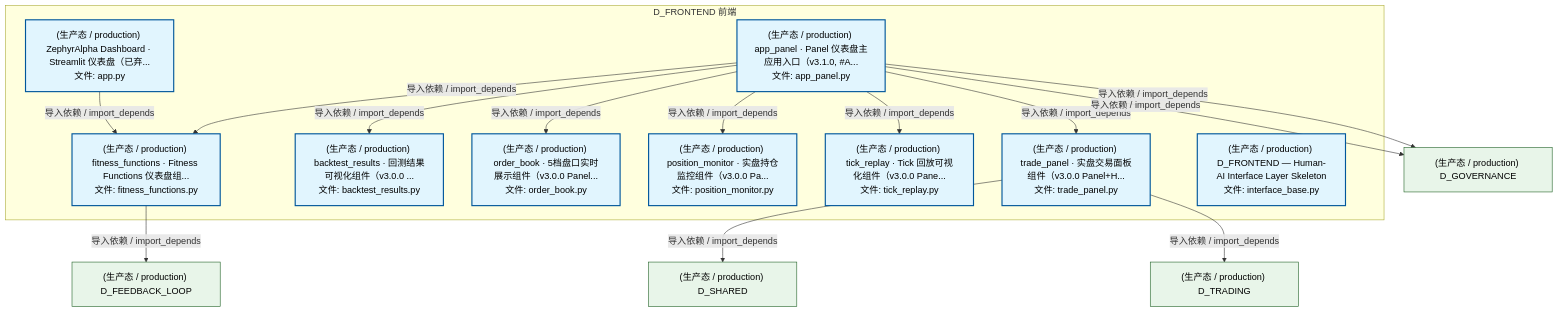
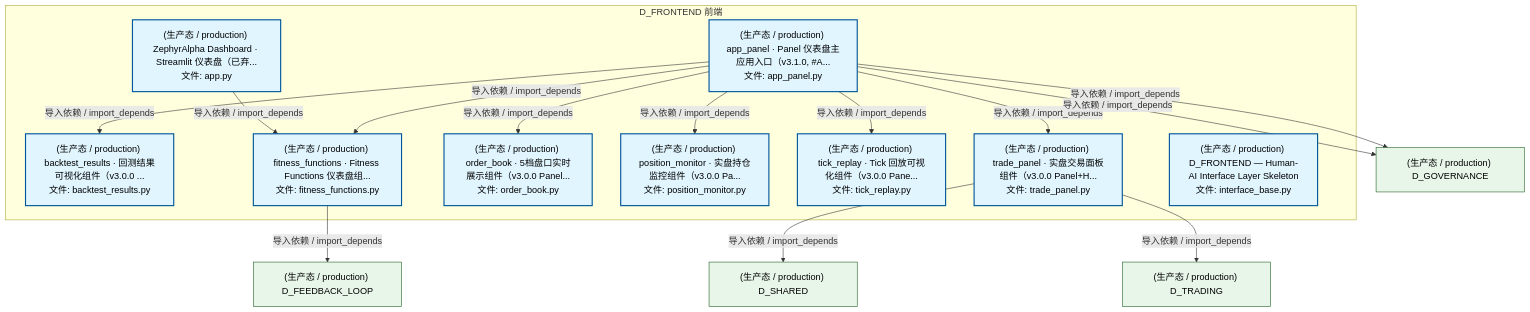
The second of 5 diagrams in docs/02_enterprise_architecture/02_domain_architecture_docs/15_d_frontend.md (xuanFelixVan/ZephyrAlpha), drawn with Mermaid before and after one commit. The commit also changed other lines of this file and 93 other files, not shown here.

````diff
--- a/docs/02_enterprise_architecture/02_domain_architecture_docs/15_d_frontend.md
+++ b/docs/02_enterprise_architecture/02_domain_architecture_docs/15_d_frontend.md
@@ -165,36 +165,36 @@
 ```mermaid
 graph TD
     subgraph D_FRONTEND["D_FRONTEND 前端"]
         src_zephyr_frontend_dashboard_app_py["(生产态 / production) ZephyrAlpha Dashboard · Streamlit 仪表盘（已弃...<br/>文件: app.py"]
         src_zephyr_frontend_dashboard_app_panel_py["(生产态 / production) app_panel · Panel 仪表盘主应用入口（v3.1.0, #A...<br/>文件: app_panel.py"]
         src_zephyr_frontend_dashboard_components_backtest_results_py["(生产态 / production) backtest_results · 回测结果可视化组件（v3.0.0 ...<br/>文件: backtest_results.py"]
         src_zephyr_frontend_dashboard_components_fitness_functions_py["(生产态 / production) fitness_functions · Fitness Functions 仪表盘组...<br/>文件: fitness_functions.py"]
         src_zephyr_frontend_dashboard_components_order_book_py["(生产态 / production) order_book · 5档盘口实时展示组件（v3.0.0 Panel...<br/>文件: order_book.py"]
         src_zephyr_frontend_dashboard_components_position_monitor_py["(生产态 / production) position_monitor · 实盘持仓监控组件（v3.0.0 Pa...<br/>文件: position_monitor.py"]
         src_zephyr_frontend_dashboard_components_tick_replay_py["(生产态 / production) tick_replay · Tick 回放可视化组件（v3.0.0 Pane...<br/>文件: tick_replay.py"]
         src_zephyr_frontend_dashboard_components_trade_panel_py["(生产态 / production) trade_panel · 实盘交易面板组件（v3.0.0 Panel+H...<br/>文件: trade_panel.py"]
         src_zephyr_frontend_interface_base_py["(生产态 / production) D_FRONTEND — Human-AI Interface Layer Skeleton<br/>文件: interface_base.py"]
     end
     src_zephyr_frontend_dashboard_app_py -->|导入依赖 / import_depends| src_zephyr_frontend_dashboard_components_fitness_functions_py
+    src_zephyr_frontend_dashboard_app_panel_py -->|导入依赖 / import_depends| src_zephyr_frontend_dashboard_components_backtest_results_py
     src_zephyr_frontend_dashboard_app_panel_py -->|导入依赖 / import_depends| src_zephyr_frontend_dashboard_components_fitness_functions_py
-    src_zephyr_frontend_dashboard_app_panel_py -->|导入依赖 / import_depends| src_zephyr_frontend_dashboard_components_backtest_results_py
     src_zephyr_frontend_dashboard_app_panel_py -->|导入依赖 / import_depends| src_zephyr_frontend_dashboard_components_order_book_py
+    src_zephyr_frontend_dashboard_app_panel_py -->|导入依赖 / import_depends| src_zephyr_frontend_dashboard_components_trade_panel_py
+    src_zephyr_frontend_dashboard_app_panel_py -->|导入依赖 / import_depends| src_zephyr_frontend_dashboard_components_tick_replay_py
     src_zephyr_frontend_dashboard_app_panel_py -->|导入依赖 / import_depends| src_zephyr_frontend_dashboard_components_position_monitor_py
-    src_zephyr_frontend_dashboard_app_panel_py -->|导入依赖 / import_depends| src_zephyr_frontend_dashboard_components_tick_replay_py
-    src_zephyr_frontend_dashboard_app_panel_py -->|导入依赖 / import_depends| src_zephyr_frontend_dashboard_components_trade_panel_py
     D_GOVERNANCE["(生产态 / production) D_GOVERNANCE"]
     src_zephyr_frontend_dashboard_app_panel_py -->|导入依赖 / import_depends| D_GOVERNANCE
     D_FEEDBACK_LOOP["(生产态 / production) D_FEEDBACK_LOOP"]
     src_zephyr_frontend_dashboard_components_fitness_functions_py -->|导入依赖 / import_depends| D_FEEDBACK_LOOP
     D_SHARED["(生产态 / production) D_SHARED"]
     src_zephyr_frontend_dashboard_components_trade_panel_py -->|导入依赖 / import_depends| D_SHARED
     src_zephyr_frontend_dashboard_app_panel_py -->|导入依赖 / import_depends| D_GOVERNANCE
     D_TRADING["(生产态 / production) D_TRADING"]
     src_zephyr_frontend_dashboard_components_trade_panel_py -->|导入依赖 / import_depends| D_TRADING
     classDef production fill:#e1f5fe,stroke:#01579b,stroke-width:2px,color:#000
     classDef design fill:#fff3e0,stroke:#e65100,stroke-width:2px,color:#000,stroke-dasharray: 5 5
     classDef external_prod fill:#e8f5e9,stroke:#1b5e20,stroke-width:1px,color:#000
     classDef external_design fill:#fce4ec,stroke:#880e4f,stroke-width:1px,color:#000,stroke-dasharray: 5 5
     class src_zephyr_frontend_dashboard_app_py,src_zephyr_frontend_dashboard_app_panel_py,src_zephyr_frontend_dashboard_components_backtest_results_py,src_zephyr_frontend_dashboard_components_fitness_functions_py,src_zephyr_frontend_dashboard_components_order_book_py,src_zephyr_frontend_dashboard_components_position_monitor_py,src_zephyr_frontend_dashboard_components_tick_replay_py,src_zephyr_frontend_dashboard_components_trade_panel_py,src_zephyr_frontend_interface_base_py production
     class D_GOVERNANCE,D_FEEDBACK_LOOP,D_SHARED,D_TRADING external_prod
 ```
````
